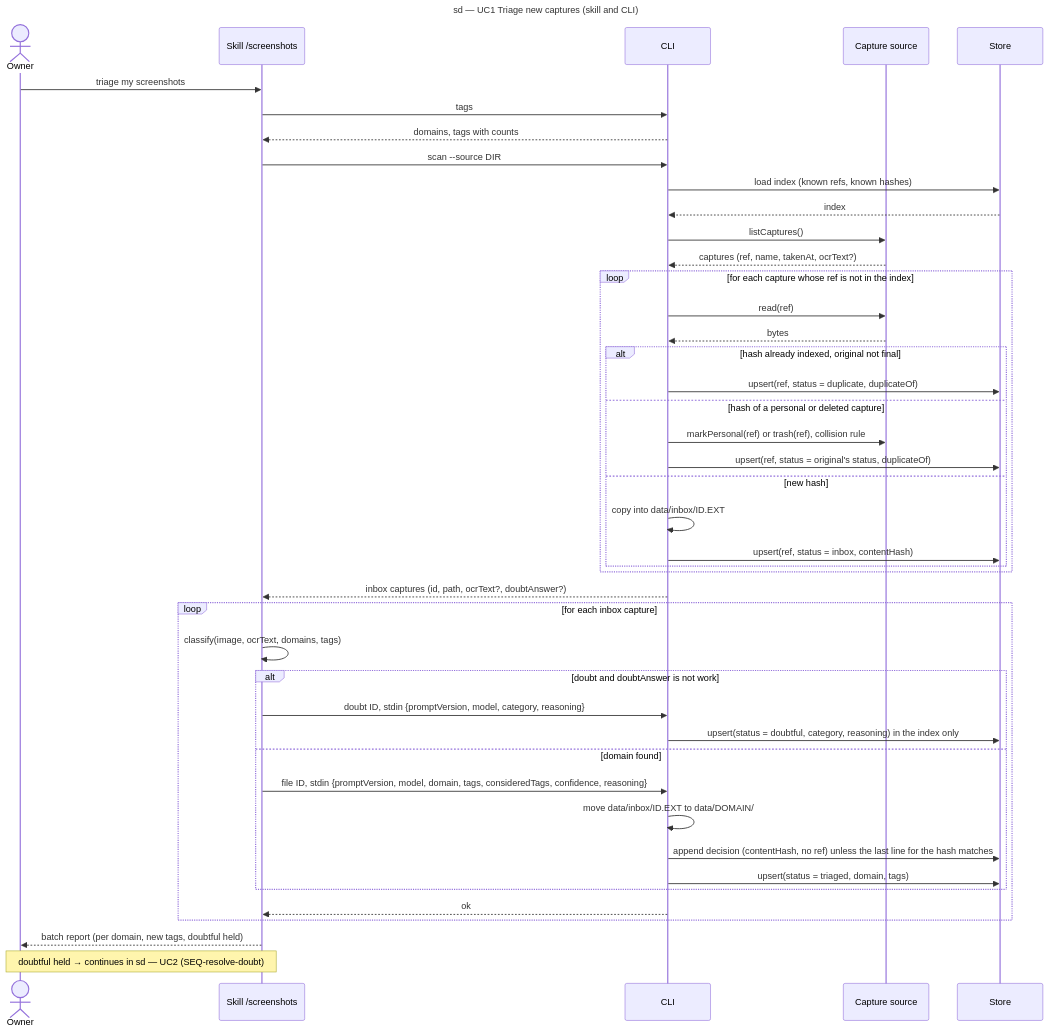
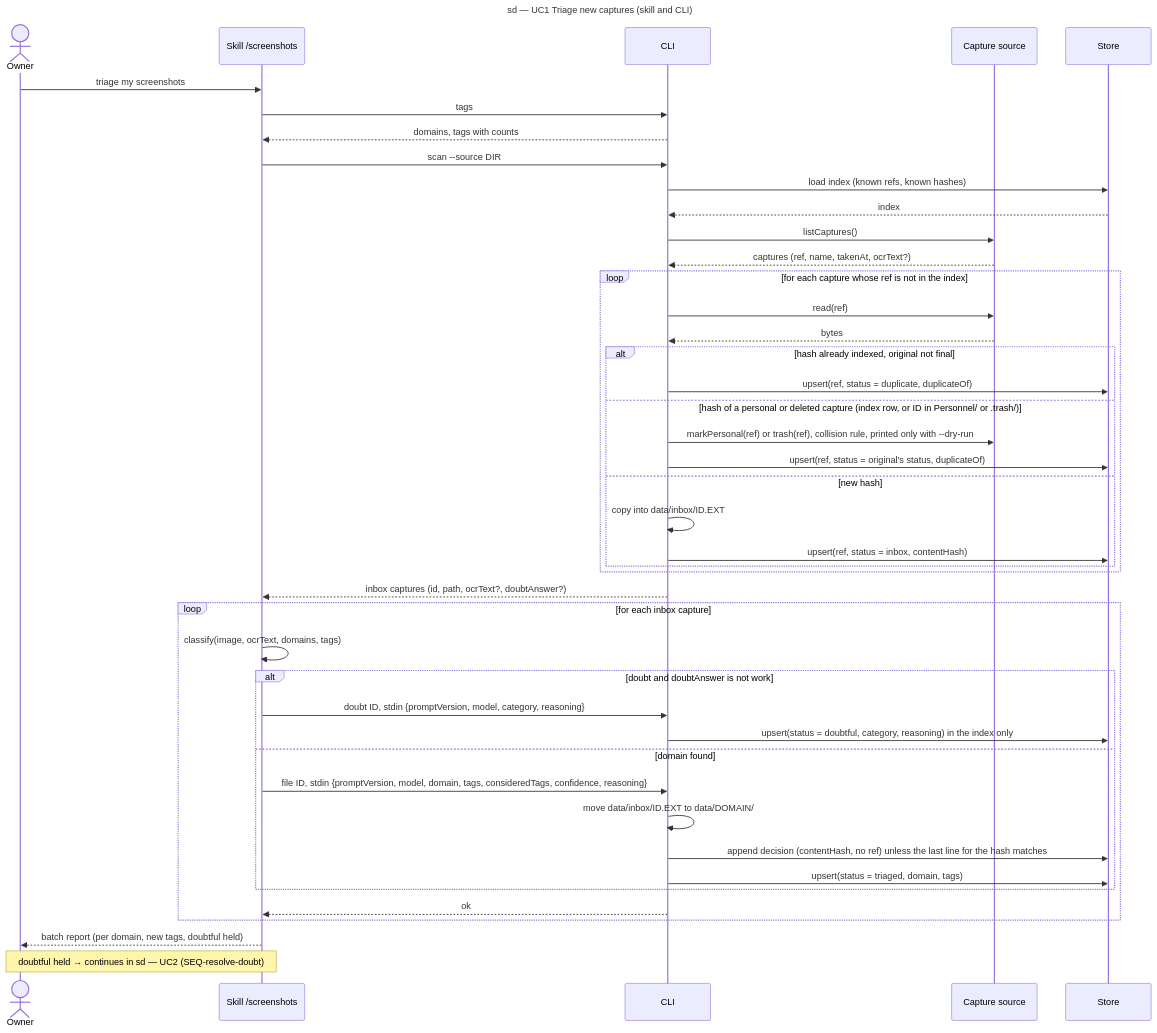
The diagram in docs/architecture/diagrams/triage/02-sequence-triage-batch.md (benoit-bremaud/screenshot-triage), drawn with Mermaid before and after one commit. The commit also changed other lines of this file and 6 other files, not shown here.

First line of the commit message:
docs(triage/architecture): give scan a dry-run and a source-side guard for returning copies

````diff
--- a/docs/architecture/diagrams/triage/02-sequence-triage-batch.md
+++ b/docs/architecture/diagrams/triage/02-sequence-triage-batch.md
@@ -14,46 +14,46 @@
 ```mermaid
 sequenceDiagram
   title sd — UC1 Triage new captures (skill and CLI)
   actor Owner
   participant Skill as Skill /screenshots
   participant CLI as CLI
   participant Source as Capture source
   participant Store as Store
   Owner->>Skill: triage my screenshots
   Skill->>CLI: tags
   CLI-->>Skill: domains, tags with counts
   Skill->>CLI: scan --source DIR
   CLI->>Store: load index (known refs, known hashes)
   Store-->>CLI: index
   CLI->>Source: listCaptures()
   Source-->>CLI: captures (ref, name, takenAt, ocrText?)
   loop for each capture whose ref is not in the index
     CLI->>Source: read(ref)
     Source-->>CLI: bytes
     alt hash already indexed, original not final
       CLI->>Store: upsert(ref, status = duplicate, duplicateOf)
-    else hash of a personal or deleted capture
-      CLI->>Source: markPersonal(ref) or trash(ref), collision rule
+    else hash of a personal or deleted capture (index row, or ID in Personnel/ or .trash/)
+      CLI->>Source: markPersonal(ref) or trash(ref), collision rule, printed only with --dry-run
       CLI->>Store: upsert(ref, status = original's status, duplicateOf)
     else new hash
       CLI->>CLI: copy into data/inbox/ID.EXT
       CLI->>Store: upsert(ref, status = inbox, contentHash)
     end
   end
   CLI-->>Skill: inbox captures (id, path, ocrText?, doubtAnswer?)
   loop for each inbox capture
     Skill->>Skill: classify(image, ocrText, domains, tags)
     alt doubt and doubtAnswer is not work
       Skill->>CLI: doubt ID, stdin {promptVersion, model, category, reasoning}
       CLI->>Store: upsert(status = doubtful, category, reasoning) in the index only
     else domain found
       Skill->>CLI: file ID, stdin {promptVersion, model, domain, tags, consideredTags, confidence, reasoning}
       CLI->>CLI: move data/inbox/ID.EXT to data/DOMAIN/
       CLI->>Store: append decision (contentHash, no ref) unless the last line for the hash matches
       CLI->>Store: upsert(status = triaged, domain, tags)
     end
     CLI-->>Skill: ok
   end
   Skill-->>Owner: batch report (per domain, new tags, doubtful held)
   Note over Owner,Skill: doubtful held → continues in sd — UC2 (SEQ-resolve-doubt)
 ```
````
